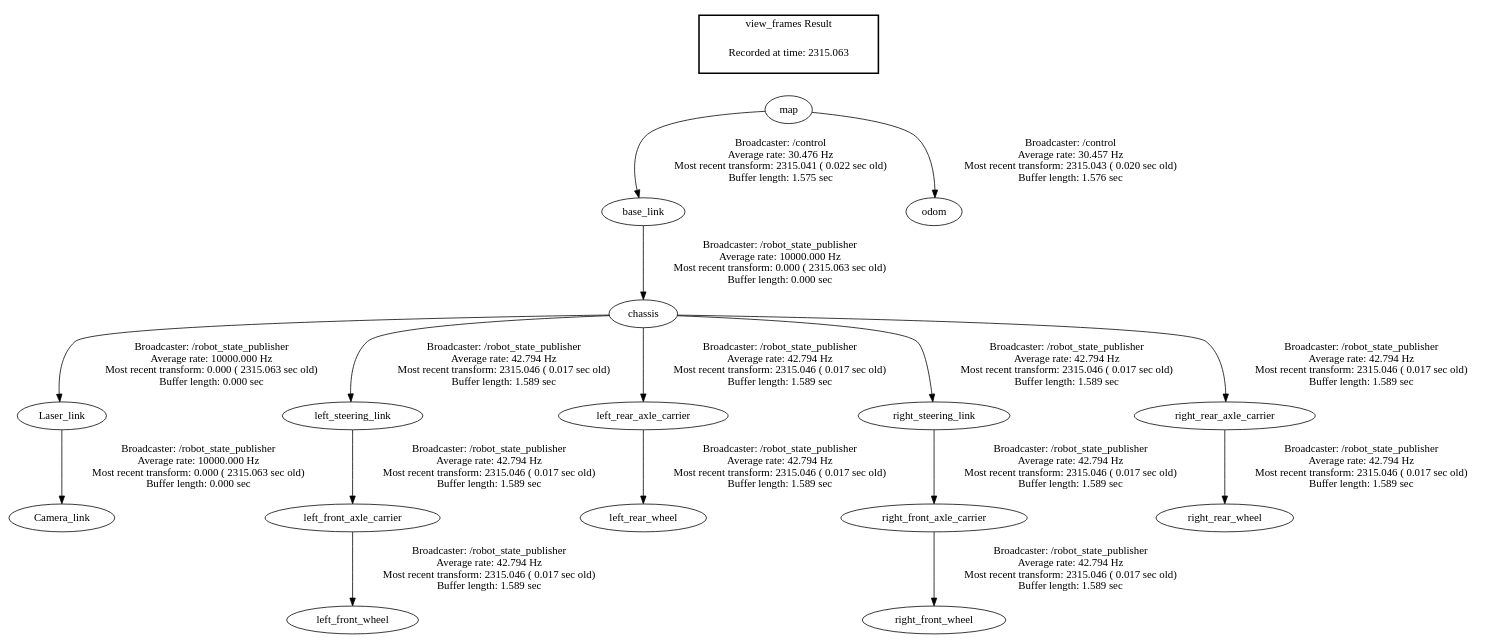
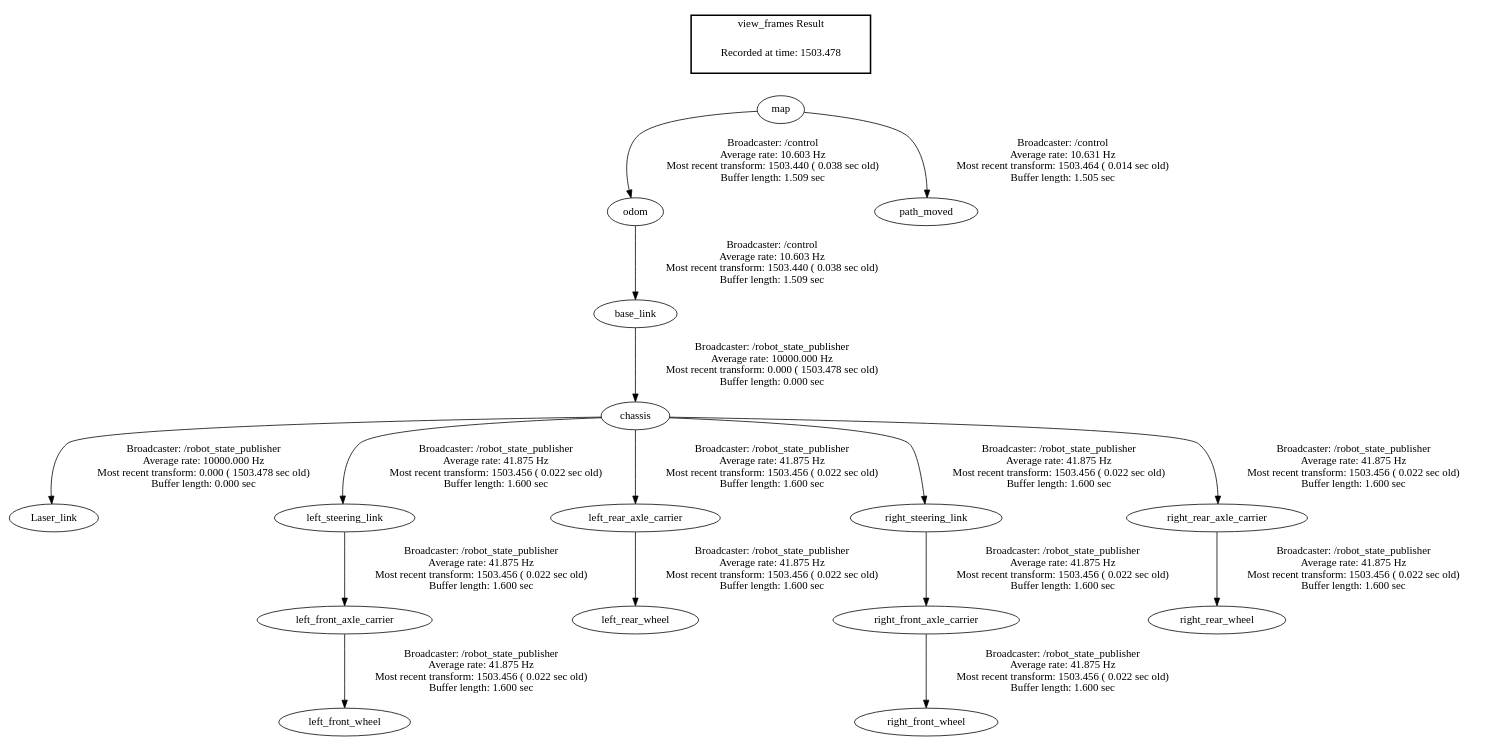
One commit to minhquangcr123/ackermann_steering changed the diagram in frames.gv. Above: the diagram before and after it, drawn with Graphviz. The commit also changed 97 other files, not shown here.

```diff
--- a/frames.gv
+++ b/frames.gv
@@ -1,21 +1,21 @@
 digraph G {
-"base_link" -> "chassis"[label="Broadcaster: /robot_state_publisher\nAverage rate: 10000.000 Hz\nMost recent transform: 0.000 ( 2315.063 sec old)\nBuffer length: 0.000 sec\n"];
-"map" -> "base_link"[label="Broadcaster: /control\nAverage rate: 30.476 Hz\nMost recent transform: 2315.041 ( 0.022 sec old)\nBuffer length: 1.575 sec\n"];
-"Laser_link" -> "Camera_link"[label="Broadcaster: /robot_state_publisher\nAverage rate: 10000.000 Hz\nMost recent transform: 0.000 ( 2315.063 sec old)\nBuffer length: 0.000 sec\n"];
-"chassis" -> "Laser_link"[label="Broadcaster: /robot_state_publisher\nAverage rate: 10000.000 Hz\nMost recent transform: 0.000 ( 2315.063 sec old)\nBuffer length: 0.000 sec\n"];
-"left_front_axle_carrier" -> "left_front_wheel"[label="Broadcaster: /robot_state_publisher\nAverage rate: 42.794 Hz\nMost recent transform: 2315.046 ( 0.017 sec old)\nBuffer length: 1.589 sec\n"];
-"left_steering_link" -> "left_front_axle_carrier"[label="Broadcaster: /robot_state_publisher\nAverage rate: 42.794 Hz\nMost recent transform: 2315.046 ( 0.017 sec old)\nBuffer length: 1.589 sec\n"];
-"chassis" -> "left_steering_link"[label="Broadcaster: /robot_state_publisher\nAverage rate: 42.794 Hz\nMost recent transform: 2315.046 ( 0.017 sec old)\nBuffer length: 1.589 sec\n"];
-"left_rear_axle_carrier" -> "left_rear_wheel"[label="Broadcaster: /robot_state_publisher\nAverage rate: 42.794 Hz\nMost recent transform: 2315.046 ( 0.017 sec old)\nBuffer length: 1.589 sec\n"];
-"chassis" -> "left_rear_axle_carrier"[label="Broadcaster: /robot_state_publisher\nAverage rate: 42.794 Hz\nMost recent transform: 2315.046 ( 0.017 sec old)\nBuffer length: 1.589 sec\n"];
-"right_front_axle_carrier" -> "right_front_wheel"[label="Broadcaster: /robot_state_publisher\nAverage rate: 42.794 Hz\nMost recent transform: 2315.046 ( 0.017 sec old)\nBuffer length: 1.589 sec\n"];
-"right_steering_link" -> "right_front_axle_carrier"[label="Broadcaster: /robot_state_publisher\nAverage rate: 42.794 Hz\nMost recent transform: 2315.046 ( 0.017 sec old)\nBuffer length: 1.589 sec\n"];
-"chassis" -> "right_steering_link"[label="Broadcaster: /robot_state_publisher\nAverage rate: 42.794 Hz\nMost recent transform: 2315.046 ( 0.017 sec old)\nBuffer length: 1.589 sec\n"];
-"right_rear_axle_carrier" -> "right_rear_wheel"[label="Broadcaster: /robot_state_publisher\nAverage rate: 42.794 Hz\nMost recent transform: 2315.046 ( 0.017 sec old)\nBuffer length: 1.589 sec\n"];
-"chassis" -> "right_rear_axle_carrier"[label="Broadcaster: /robot_state_publisher\nAverage rate: 42.794 Hz\nMost recent transform: 2315.046 ( 0.017 sec old)\nBuffer length: 1.589 sec\n"];
-"map" -> "odom"[label="Broadcaster: /control\nAverage rate: 30.457 Hz\nMost recent transform: 2315.043 ( 0.020 sec old)\nBuffer length: 1.576 sec\n"];
+"base_link" -> "chassis"[label="Broadcaster: /robot_state_publisher\nAverage rate: 10000.000 Hz\nMost recent transform: 0.000 ( 1503.478 sec old)\nBuffer length: 0.000 sec\n"];
+"odom" -> "base_link"[label="Broadcaster: /control\nAverage rate: 10.603 Hz\nMost recent transform: 1503.440 ( 0.038 sec old)\nBuffer length: 1.509 sec\n"];
+"chassis" -> "Laser_link"[label="Broadcaster: /robot_state_publisher\nAverage rate: 10000.000 Hz\nMost recent transform: 0.000 ( 1503.478 sec old)\nBuffer length: 0.000 sec\n"];
+"left_front_axle_carrier" -> "left_front_wheel"[label="Broadcaster: /robot_state_publisher\nAverage rate: 41.875 Hz\nMost recent transform: 1503.456 ( 0.022 sec old)\nBuffer length: 1.600 sec\n"];
+"left_steering_link" -> "left_front_axle_carrier"[label="Broadcaster: /robot_state_publisher\nAverage rate: 41.875 Hz\nMost recent transform: 1503.456 ( 0.022 sec old)\nBuffer length: 1.600 sec\n"];
+"chassis" -> "left_steering_link"[label="Broadcaster: /robot_state_publisher\nAverage rate: 41.875 Hz\nMost recent transform: 1503.456 ( 0.022 sec old)\nBuffer length: 1.600 sec\n"];
+"left_rear_axle_carrier" -> "left_rear_wheel"[label="Broadcaster: /robot_state_publisher\nAverage rate: 41.875 Hz\nMost recent transform: 1503.456 ( 0.022 sec old)\nBuffer length: 1.600 sec\n"];
+"chassis" -> "left_rear_axle_carrier"[label="Broadcaster: /robot_state_publisher\nAverage rate: 41.875 Hz\nMost recent transform: 1503.456 ( 0.022 sec old)\nBuffer length: 1.600 sec\n"];
+"right_front_axle_carrier" -> "right_front_wheel"[label="Broadcaster: /robot_state_publisher\nAverage rate: 41.875 Hz\nMost recent transform: 1503.456 ( 0.022 sec old)\nBuffer length: 1.600 sec\n"];
+"right_steering_link" -> "right_front_axle_carrier"[label="Broadcaster: /robot_state_publisher\nAverage rate: 41.875 Hz\nMost recent transform: 1503.456 ( 0.022 sec old)\nBuffer length: 1.600 sec\n"];
+"chassis" -> "right_steering_link"[label="Broadcaster: /robot_state_publisher\nAverage rate: 41.875 Hz\nMost recent transform: 1503.456 ( 0.022 sec old)\nBuffer length: 1.600 sec\n"];
+"right_rear_axle_carrier" -> "right_rear_wheel"[label="Broadcaster: /robot_state_publisher\nAverage rate: 41.875 Hz\nMost recent transform: 1503.456 ( 0.022 sec old)\nBuffer length: 1.600 sec\n"];
+"chassis" -> "right_rear_axle_carrier"[label="Broadcaster: /robot_state_publisher\nAverage rate: 41.875 Hz\nMost recent transform: 1503.456 ( 0.022 sec old)\nBuffer length: 1.600 sec\n"];
+"map" -> "odom"[label="Broadcaster: /control\nAverage rate: 10.603 Hz\nMost recent transform: 1503.440 ( 0.038 sec old)\nBuffer length: 1.509 sec\n"];
+"map" -> "path_moved"[label="Broadcaster: /control\nAverage rate: 10.631 Hz\nMost recent transform: 1503.464 ( 0.014 sec old)\nBuffer length: 1.505 sec\n"];
 edge [style=invis];
  subgraph cluster_legend { style=bold; color=black; label ="view_frames Result";
-"Recorded at time: 2315.063"[ shape=plaintext ] ;
+"Recorded at time: 1503.478"[ shape=plaintext ] ;
  }->"map";
 }
```
